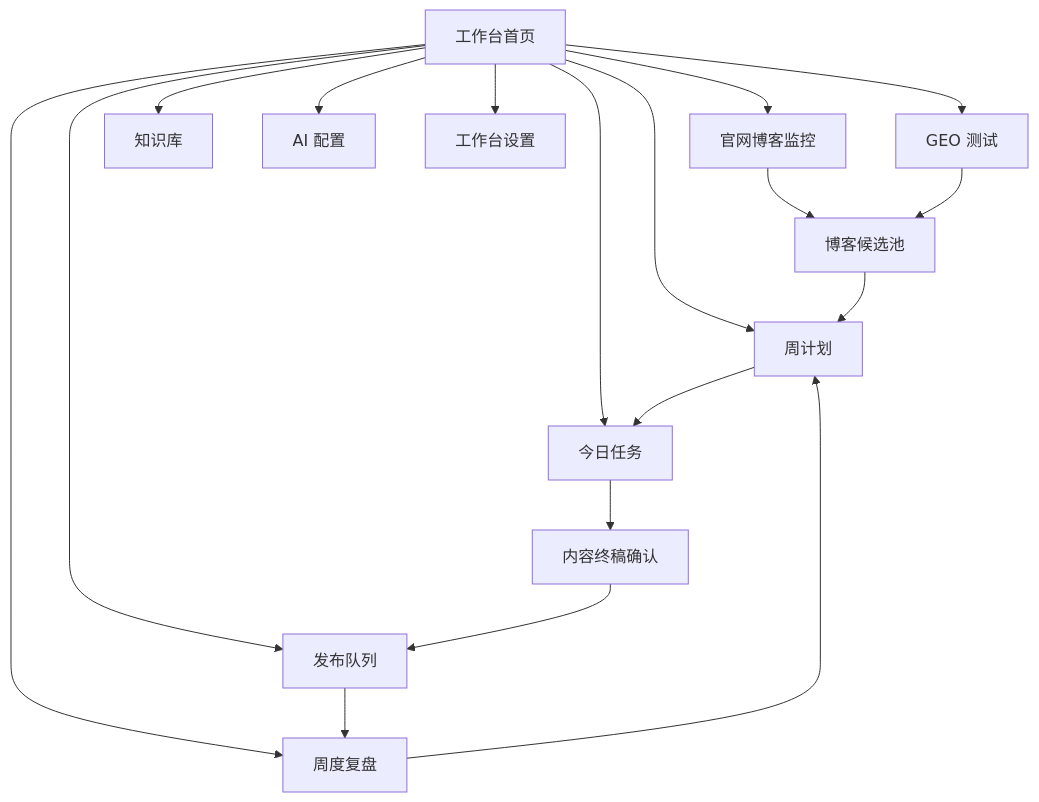
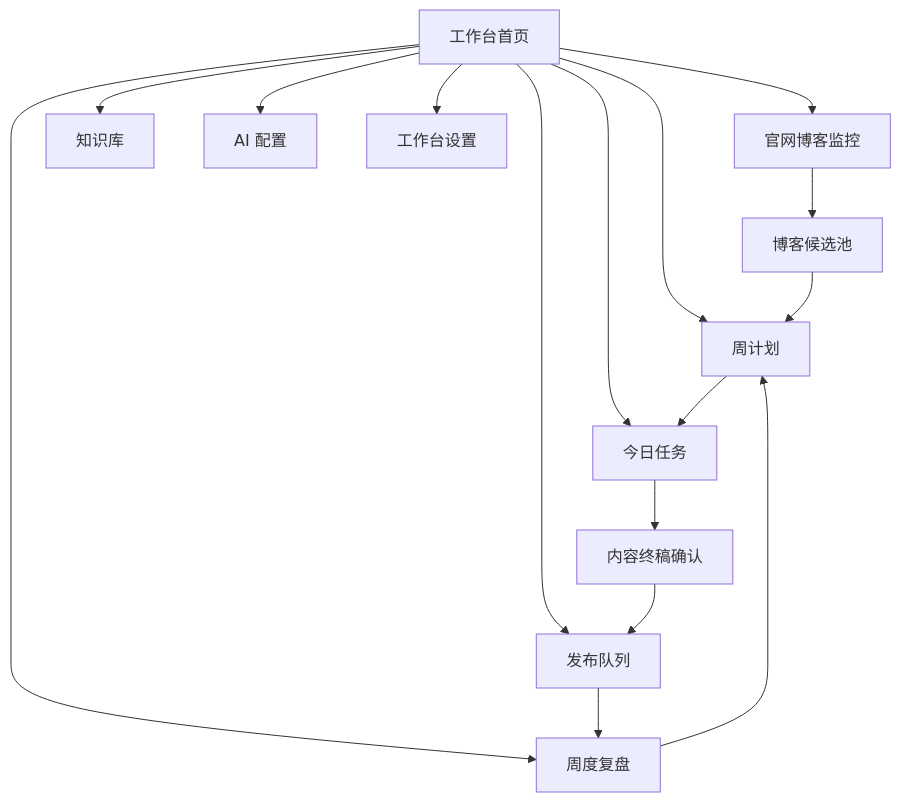
One commit to 1736280642-Star/gtm-content-growth-workbench changed the first of 3 diagrams in design/low-fi-prototype.md. Above: the diagram before and after it, drawn with Mermaid. The commit also changed other lines of this file and 50 other files, not shown here.

````diff
--- a/design/low-fi-prototype.md
+++ b/design/low-fi-prototype.md
@@ -16,21 +16,19 @@
 ```mermaid
 flowchart TD
     A["工作台首页"] --> B["周计划"]
     A --> C["今日任务"]
     A --> D["发布队列"]
     A --> E["官网博客监控"]
-    A --> F["GEO 测试"]
     A --> G["周度复盘"]
     A --> H["知识库"]
     A --> I["AI 配置"]
     A --> J["工作台设置"]
 
     B --> C
     C --> K["内容终稿确认"]
     K --> D
     D --> G
     E --> L["博客候选池"]
-    F --> L
     L --> B
     G --> B
 ```
````
